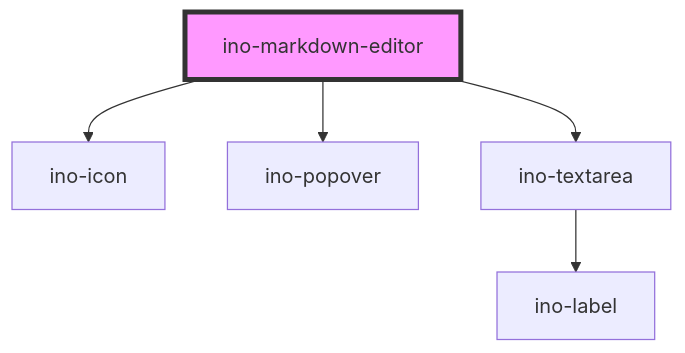
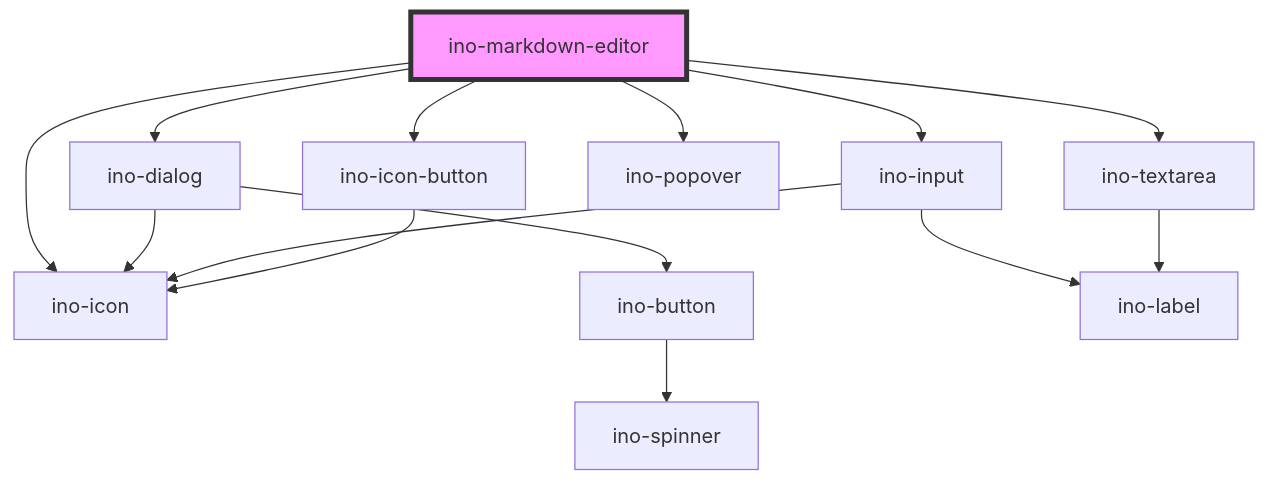
Before and after one commit to inovex/elements: the diagram in packages/elements/src/components/ino-markdown-editor/readme.md, drawn with Mermaid. The commit also changed other lines of this file and 10 other files, not shown here.

Commit message:
feat(elements|ino-markdown-editor): add dialog to edit links (#1024)

````diff
--- a/packages/elements/src/components/ino-markdown-editor/readme.md
+++ b/packages/elements/src/components/ino-markdown-editor/readme.md
@@ -62,8 +65,17 @@
 ```mermaid
 graph TD;
+  ino-markdown-editor --> ino-dialog
+  ino-markdown-editor --> ino-input
+  ino-markdown-editor --> ino-icon-button
   ino-markdown-editor --> ino-icon
   ino-markdown-editor --> ino-popover
   ino-markdown-editor --> ino-textarea
+  ino-dialog --> ino-icon
+  ino-dialog --> ino-button
+  ino-button --> ino-spinner
+  ino-input --> ino-label
+  ino-input --> ino-icon
+  ino-icon-button --> ino-icon
   ino-textarea --> ino-label
   style ino-markdown-editor fill:#f9f,stroke:#333,stroke-width:4px
 ```
````
